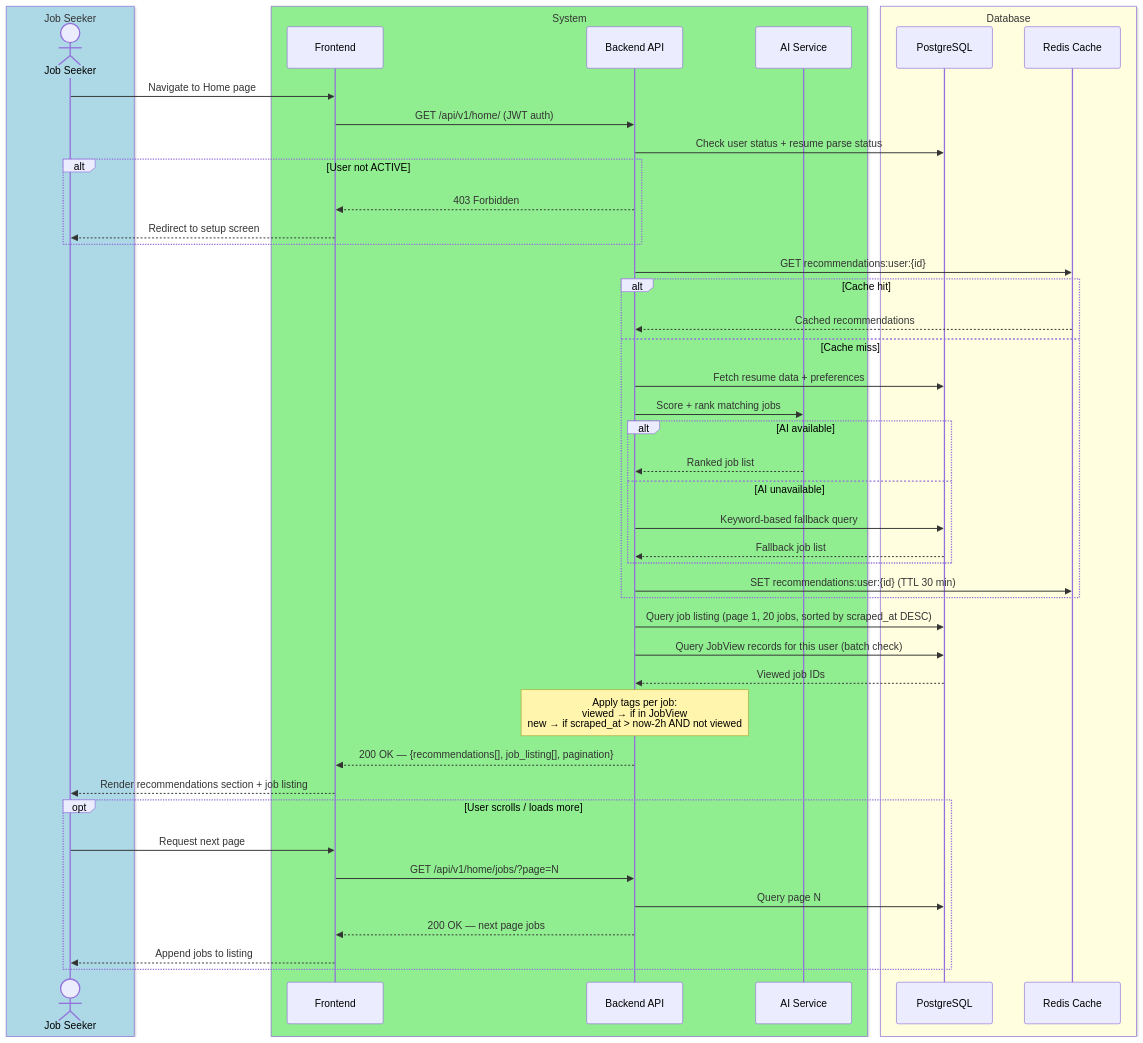
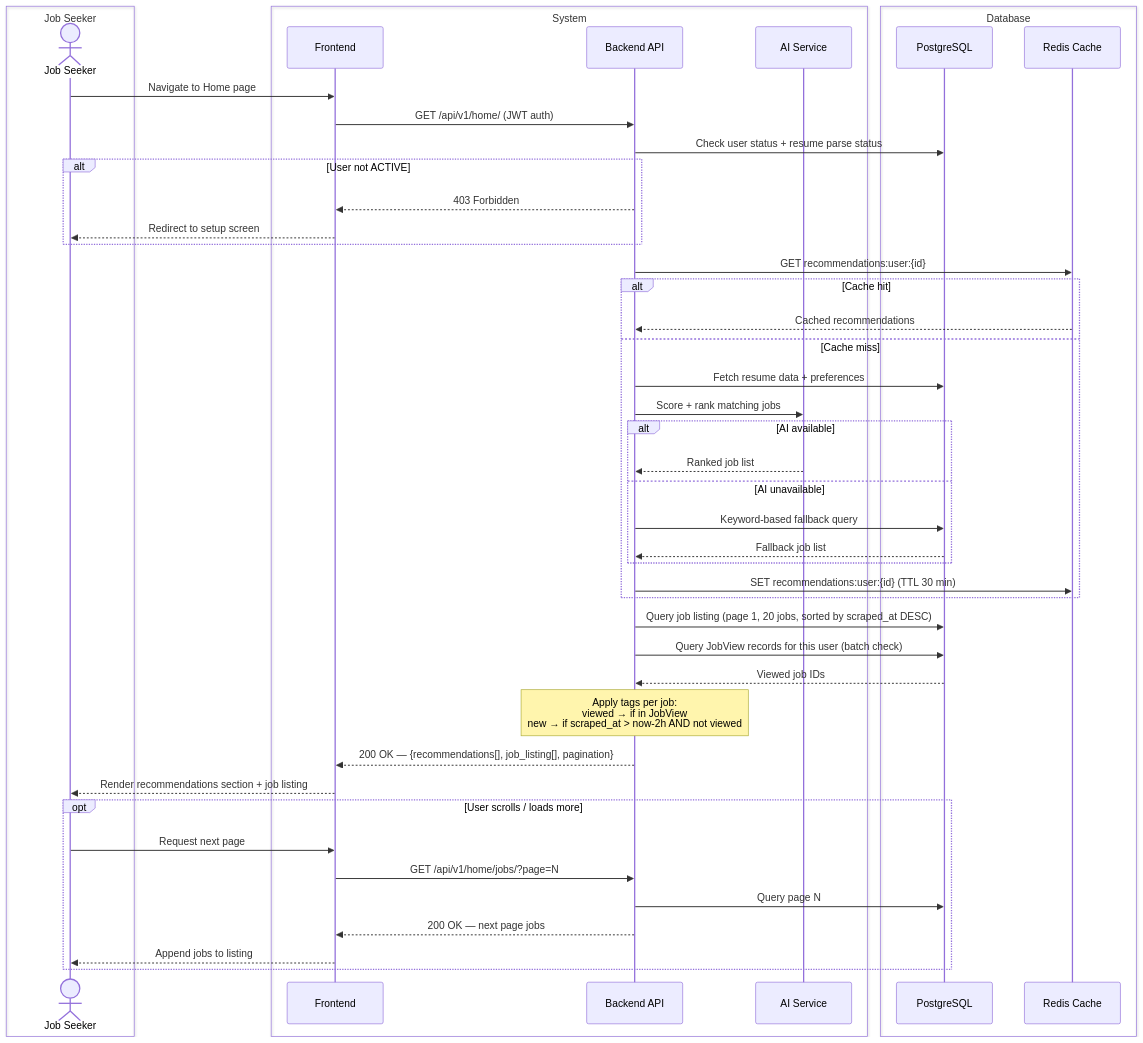
Before and after one commit to SaifAyman23/django-rapido: the sixth of 22 diagrams in docs/flows/Careerly Flow.md, drawn with Mermaid. The commit also changed other lines of this file and 3 other files, not shown here.

Commit message:
Edit diagrams in Careerly Flow

````diff
--- a/docs/flows/Careerly Flow.md
+++ b/docs/flows/Careerly Flow.md
@@ -658,57 +658,57 @@
 ```mermaid
 sequenceDiagram
-  box LightBlue Job Seeker
+  box Job Seeker
     actor JS as Job Seeker
   end
-  box LightGreen System
+  box System
     participant FE as Frontend
     participant BE as Backend API
     participant AI as AI Service
   end
-  box LightYellow Database
+  box Database
     participant DB as PostgreSQL
     participant RD as Redis Cache
   end
 
   JS->>FE: Navigate to Home page
   FE->>BE: GET /api/v1/home/ (JWT auth)
   BE->>DB: Check user status + resume parse status
 
   alt User not ACTIVE
     BE-->>FE: 403 Forbidden
     FE-->>JS: Redirect to setup screen
   end
 
   BE->>RD: GET recommendations:user:{id}
 
   alt Cache hit
     RD-->>BE: Cached recommendations
   else Cache miss
     BE->>DB: Fetch resume data + preferences
     BE->>AI: Score + rank matching jobs
     alt AI available
       AI-->>BE: Ranked job list
     else AI unavailable
       BE->>DB: Keyword-based fallback query
       DB-->>BE: Fallback job list
     end
     BE->>RD: SET recommendations:user:{id} (TTL 30 min)
   end
 
   BE->>DB: Query job listing (page 1, 20 jobs, sorted by scraped_at DESC)
   BE->>DB: Query JobView records for this user (batch check)
   DB-->>BE: Viewed job IDs
 
   Note over BE: Apply tags per job:<br/>viewed → if in JobView<br/>new → if scraped_at > now-2h AND not viewed
 
   BE-->>FE: 200 OK — {recommendations[], job_listing[], pagination}
   FE-->>JS: Render recommendations section + job listing
 
   opt User scrolls / loads more
     JS->>FE: Request next page
     FE->>BE: GET /api/v1/home/jobs/?page=N
     BE->>DB: Query page N
     BE-->>FE: 200 OK — next page jobs
     FE-->>JS: Append jobs to listing
   end
 ```
````
